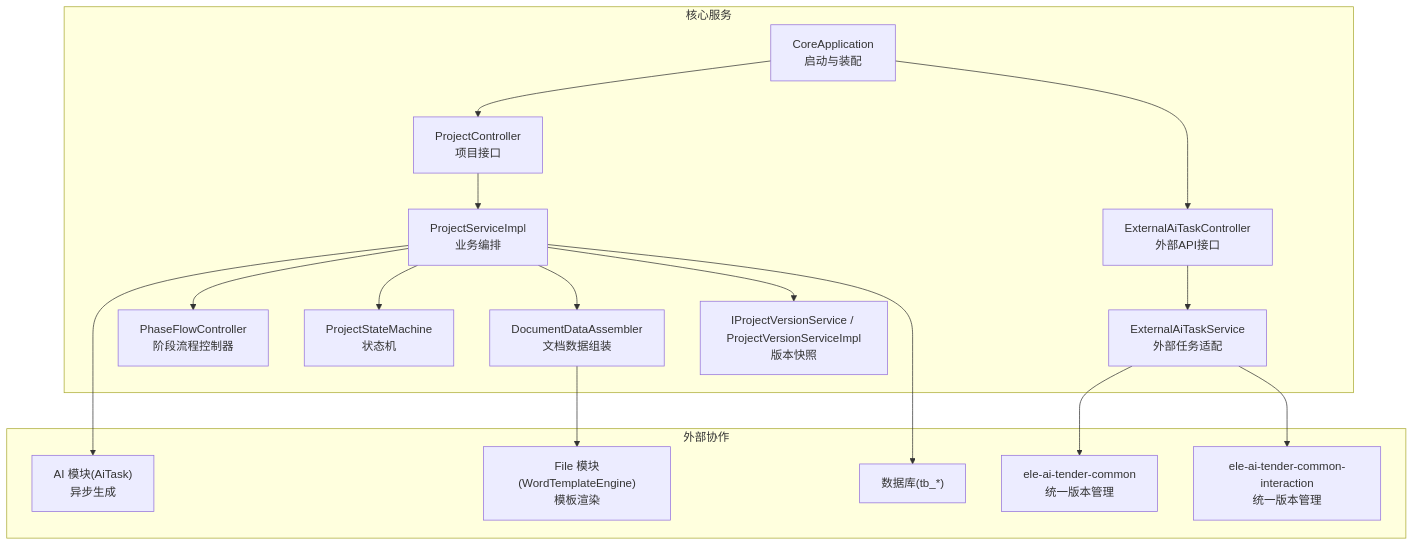
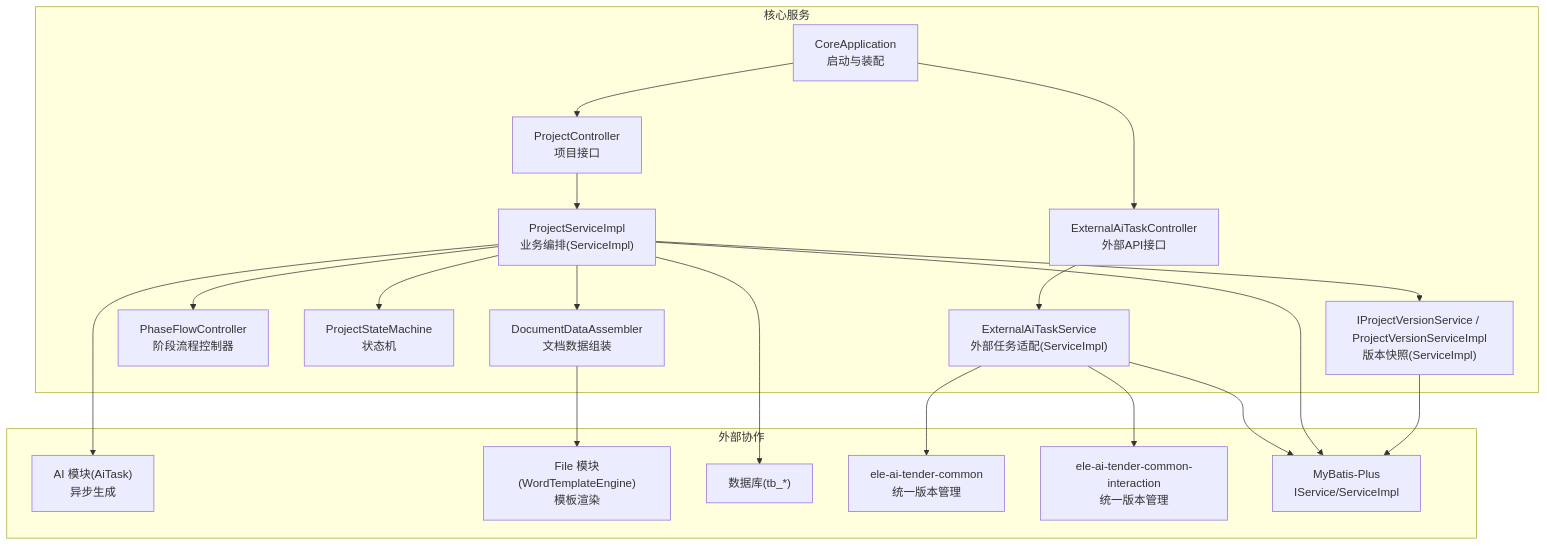
The first of 10 diagrams in .qoder/repowiki/zh/content/后端服务/核心业务服务 (ele-ai-tender-core)/核心业务服务 (ele-ai-tender-core).md (DrunkFood/First), drawn with Mermaid before and after one commit. The commit also changed other lines of this file and 103 other files, not shown here.

````diff
--- a/.qoder/repowiki/zh/content/后端服务/核心业务服务 (ele-ai-tender-core)/核心业务服务 (ele-ai-tender-core).md
+++ b/.qoder/repowiki/zh/content/后端服务/核心业务服务 (ele-ai-tender-core)/核心业务服务 (ele-ai-tender-core).md
@@ -58,34 +59,38 @@
 ```mermaid
 graph TB
 subgraph "核心服务"
 APP["CoreApplication<br/>启动与装配"]
 CTRL["ProjectController<br/>项目接口"]
 EXT_CTRL["ExternalAiTaskController<br/>外部API接口"]
-SVC["ProjectServiceImpl<br/>业务编排"]
-EXT_SVC["ExternalAiTaskService<br/>外部任务适配"]
+SVC["ProjectServiceImpl<br/>业务编排(ServiceImpl)"]
+EXT_SVC["ExternalAiTaskService<br/>外部任务适配(ServiceImpl)"]
 FSM["PhaseFlowController<br/>阶段流程控制器"]
 SM["ProjectStateMachine<br/>状态机"]
 ASSEMBLER["DocumentDataAssembler<br/>文档数据组装"]
-VER_SVC["IProjectVersionService / ProjectVersionServiceImpl<br/>版本快照"]
+VER_SVC["IProjectVersionService / ProjectVersionServiceImpl<br/>版本快照(ServiceImpl)"]
 end
 subgraph "外部协作"
 AI["AI 模块(AiTask)<br/>异步生成"]
 FILE["File 模块(WordTemplateEngine)<br/>模板渲染"]
 DB["数据库(tb_*)"]
 COMMON["ele-ai-tender-common<br/>统一版本管理"]
 INTERACTION["ele-ai-tender-common-interaction<br/>统一版本管理"]
+MP["MyBatis-Plus<br/>IService/ServiceImpl"]
 end
 APP --> CTRL
 APP --> EXT_CTRL
 CTRL --> SVC
 EXT_CTRL --> EXT_SVC
 SVC --> FSM
 SVC --> SM
 SVC --> AI
 SVC --> VER_SVC
 SVC --> ASSEMBLER
 EXT_SVC --> COMMON
 EXT_SVC --> INTERACTION
 ASSEMBLER --> FILE
 SVC --> DB
+VER_SVC --> MP
+SVC --> MP
+EXT_SVC --> MP
 ```
````
